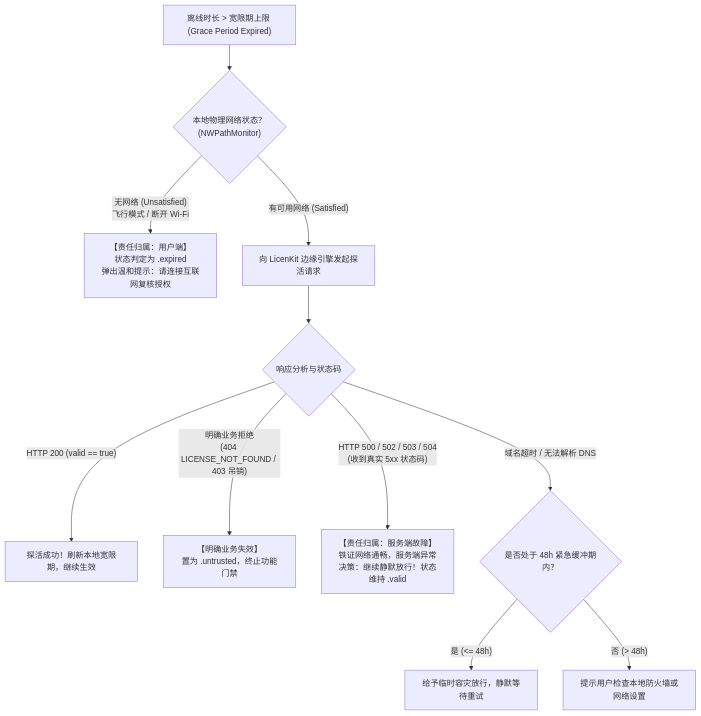
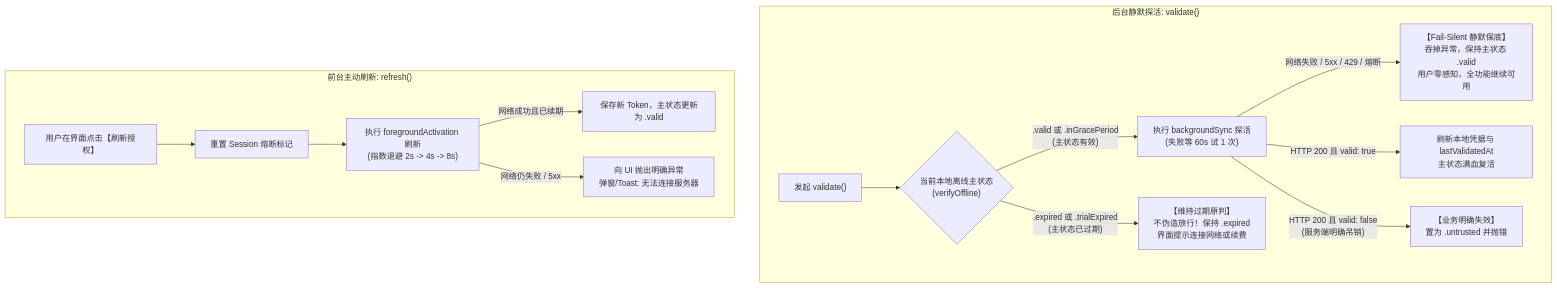
One commit to LicenKit/licenkit-sdk-swift changed the diagram in docs/zh-CN/FAULT_TOLERANCE_AND_DISASTER_RECOVERY.md. Above: the diagram before and after it, drawn with Mermaid. The commit also changed other lines of this file and 8 other files, not shown here.

First line of the commit message:
refactor(resilience): refine fail-silent sync, foreground refresh, and error classification

````diff
--- a/docs/zh-CN/FAULT_TOLERANCE_AND_DISASTER_RECOVERY.md
+++ b/docs/zh-CN/FAULT_TOLERANCE_AND_DISASTER_RECOVERY.md
@@ -78,18 +67,20 @@
 ```mermaid
 flowchart TD
-    OverGrace["离线时长 > 宽限期上限 (Grace Period Expired)"] --> CheckNet{"本地物理网络状态？<br/>(NWPathMonitor)"}
+    subgraph BackgroundSync ["后台静默探活: validate()"]
+        Start["发起 validate()"] --> CheckLocal{"当前本地离线主状态<br/>(verifyOffline)"}
+        
+        CheckLocal -- ".valid 或 .inGracePeriod<br/>(主状态有效)" --> RunBg["执行 backgroundSync 探活<br/>(失败等 60s 试 1 次)"]
+        RunBg -- "网络失败 / 5xx / 429 / 熔断" --> FailSilent["【Fail-Silent 静默保底】<br/>吞掉异常，保持主状态 .valid<br/>用户零感知，全功能继续可用"]
+        RunBg -- "HTTP 200 且 valid: true" --> SyncOk["刷新本地凭据与 lastValidatedAt<br/>主状态满血复活"]
+        RunBg -- "HTTP 200 且 valid: false<br/>(服务端明确吊销)" --> Revoke["【业务明确失效】<br/>置为 .untrusted 并抛错"]
 
-    CheckNet -- "无网络 (Unsatisfied)<br/>飞行模式 / 断开 Wi-Fi" --> UserFault["【责任归属：用户端】<br/>状态判定为 .expired<br/>弹出温和提示：请连接互联网复核授权"]
+        CheckLocal -- ".expired 或 .trialExpired<br/>(主状态已过期)" --> ExpiredNotice["【维持过期原判】<br/>不伪造放行！保持 .expired<br/>界面提示连接网络或续费"]
+    end
 
-    CheckNet -- "有可用网络 (Satisfied)" --> SendReq["向 LicenKit 边缘引擎发起探活请求"]
-    SendReq --> CheckResp{"响应分析与状态码"}
-
-    CheckResp -- "HTTP 200 (valid == true)" --> Success["探活成功！刷新本地宽限期，继续生效"]
-    CheckResp -- "明确业务拒绝<br/>(404 LICENSE_NOT_FOUND / 403 吊销)" --> BusinessFail["【明确业务失效】<br/>置为 .untrusted，终止功能门禁"]
-    
-    CheckResp -- "HTTP 500 / 502 / 503 / 504<br/>(收到真实 5xx 状态码)" --> OurFault["【责任归属：服务端故障】<br/>铁证网络通畅，服务端异常<br/>决策：继续静默放行！状态维持 .valid"]
-    
-    CheckResp -- "域名超时 / 无法解析 DNS" --> TimeoutFault{"是否处于 48h 紧急缓冲期内？"}
-    TimeoutFault -- "是 (<= 48h)" --> EmergencyGrace["给予临时容灾放行，静默等待重试"]
-    TimeoutFault -- "否 (> 48h)" --> NetworkCheckWarn["提示用户检查本地防火墙或网络设置"]
+    subgraph ForegroundRefresh ["前台主动刷新: refresh()"]
+        UserClick["用户在界面点击【刷新授权】"] --> ResetSession["重置 Session 熔断标记"]
+        ResetSession --> RunFg["执行 foregroundActivation 刷新<br/>(指数退避 2s -> 4s -> 8s)"]
+        RunFg -- "网络成功且已续期" --> RefreshOk["保存新 Token，主状态更新为 .valid"]
+        RunFg -- "网络仍失败 / 5xx" --> ToastErr["向 UI 抛出明确异常<br/>弹窗/Toast: 无法连接服务器"]
+    end
 ```
````
